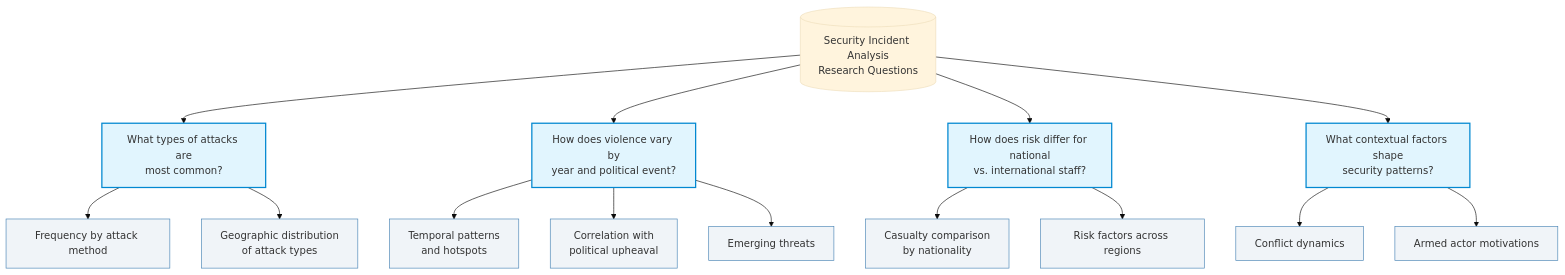
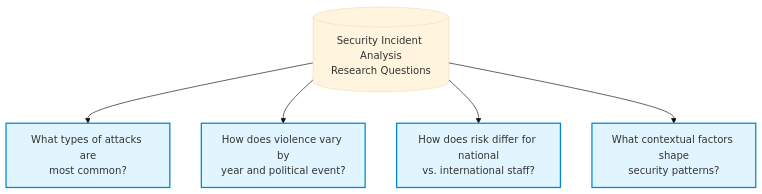
Before and after one commit to kristinmlloyd/Mini_Project: the diagram in website/intro.qmd, drawn with Mermaid (base theme). The commit also changed other lines of this file and 26 other files, not shown here.

````diff
--- a/website/intro.qmd
+++ b/website/intro.qmd
@@ -48,26 +48,17 @@
 ```{mermaid}
 flowchart TD
     classDef primary fill:#e1f5fe,stroke:#0288d1,stroke-width:2px
     classDef secondary fill:#f0f4f8,stroke:#4682b4,stroke-width:1px
     classDef highlight fill:#fce4ec,stroke:#d81b60,stroke-width:2px
 
     title[("Security Incident Analysis<br>Research Questions")] 
     title --> A & B & C & D
     
     A["What types of attacks are<br>most common?"]:::primary
-    A --> A1["Frequency by attack method"]:::secondary
-    A --> A2["Geographic distribution<br>of attack types"]:::secondary
     
     B["How does violence vary by<br>year and political event?"]:::primary
-    B --> B1["Temporal patterns<br>and hotspots"]:::secondary
-    B --> B2["Correlation with<br>political upheaval"]:::secondary
-    B --> B3["Emerging threats"]:::secondary
     
     C["How does risk differ for national<br>vs. international staff?"]:::primary
-    C --> C1["Casualty comparison<br>by nationality"]:::secondary
-    C --> C2["Risk factors across regions"]:::secondary
     
     D["What contextual factors shape<br>security patterns?"]:::primary
-    D --> D1["Conflict dynamics"]:::secondary
-    D --> D3["Armed actor motivations"]:::secondary
 ```
````
